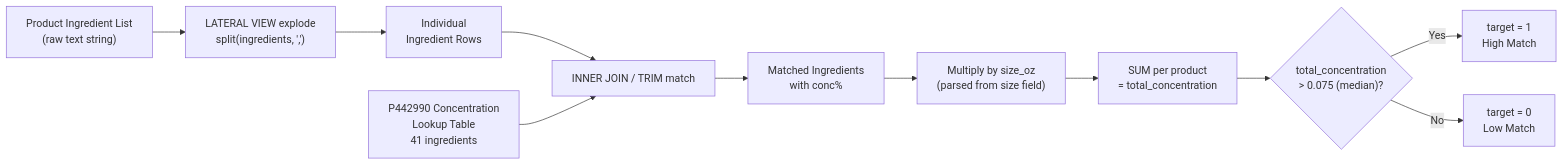
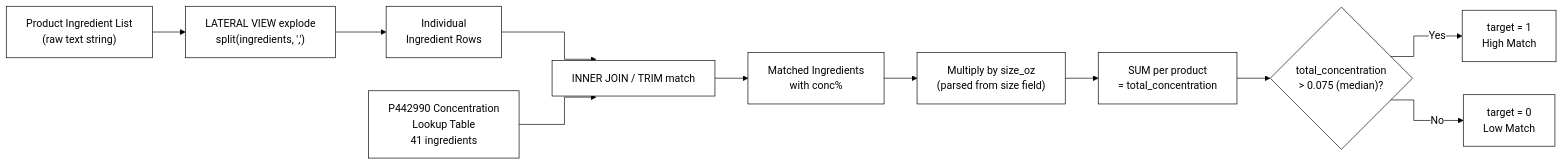
One commit to bakuncwa/btl_model changed the third of 3 diagrams in DATAMIN.md. Above: the diagram before and after it, drawn with Mermaid. The commit also changed other lines of this file and 1 other file, not shown here.

Commit message:
Black-and-white Mermaid diagrams

````diff
--- a/DATAMIN.md
+++ b/DATAMIN.md
@@ -756,20 +758,21 @@
 ```mermaid
+%%{init: {'theme': 'base', 'flowchart': {'curve': 'step'}, 'themeVariables': {'primaryColor': '#ffffff', 'primaryBorderColor': '#000000', 'primaryTextColor': '#000000', 'lineColor': '#000000', 'secondaryColor': '#ffffff', 'tertiaryColor': '#ffffff', 'mainBkg': '#ffffff', 'nodeBorder': '#000000', 'clusterBkg': '#ffffff', 'clusterBorder': '#000000', 'edgeLabelBackground': '#ffffff', 'attributeBackgroundColorOdd': '#ffffff', 'attributeBackgroundColorEven': '#ffffff'}}}%%
 flowchart LR
     A["Product Ingredient List<br/>(raw text string)"]
     B["LATERAL VIEW explode<br/>split(ingredients, ',')"]
     C["Individual<br/>Ingredient Rows"]
     D["P442990 Concentration<br/>Lookup Table<br/>41 ingredients"]
     E["INNER JOIN / TRIM match"]
     F["Matched Ingredients<br/>with conc%"]
     G["Multiply by size_oz<br/>(parsed from size field)"]
     H["SUM per product<br/>= total_concentration"]
     I{"total_concentration<br/>> 0.075 (median)?"}
     J["target = 1<br/>High Match"]
     K["target = 0<br/>Low Match"]
 
     A --> B --> C --> E
     D --> E
     E --> F --> G --> H --> I
     I -- Yes --> J
     I -- No --> K
 ```
````
